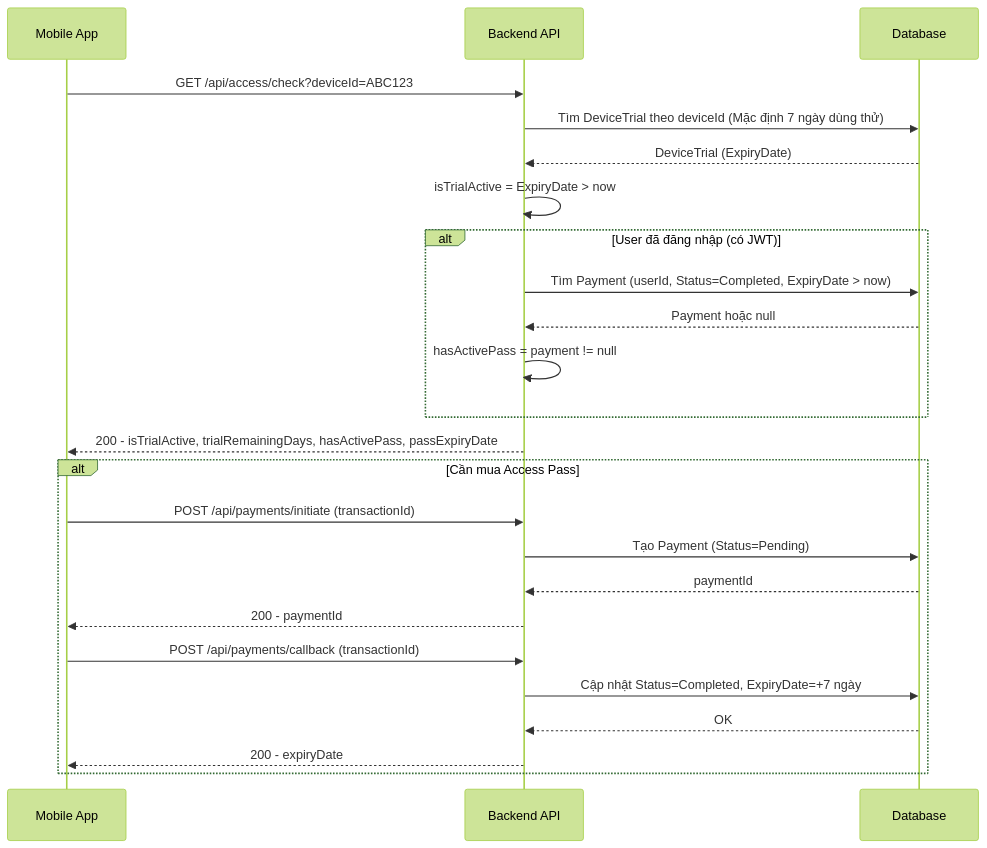
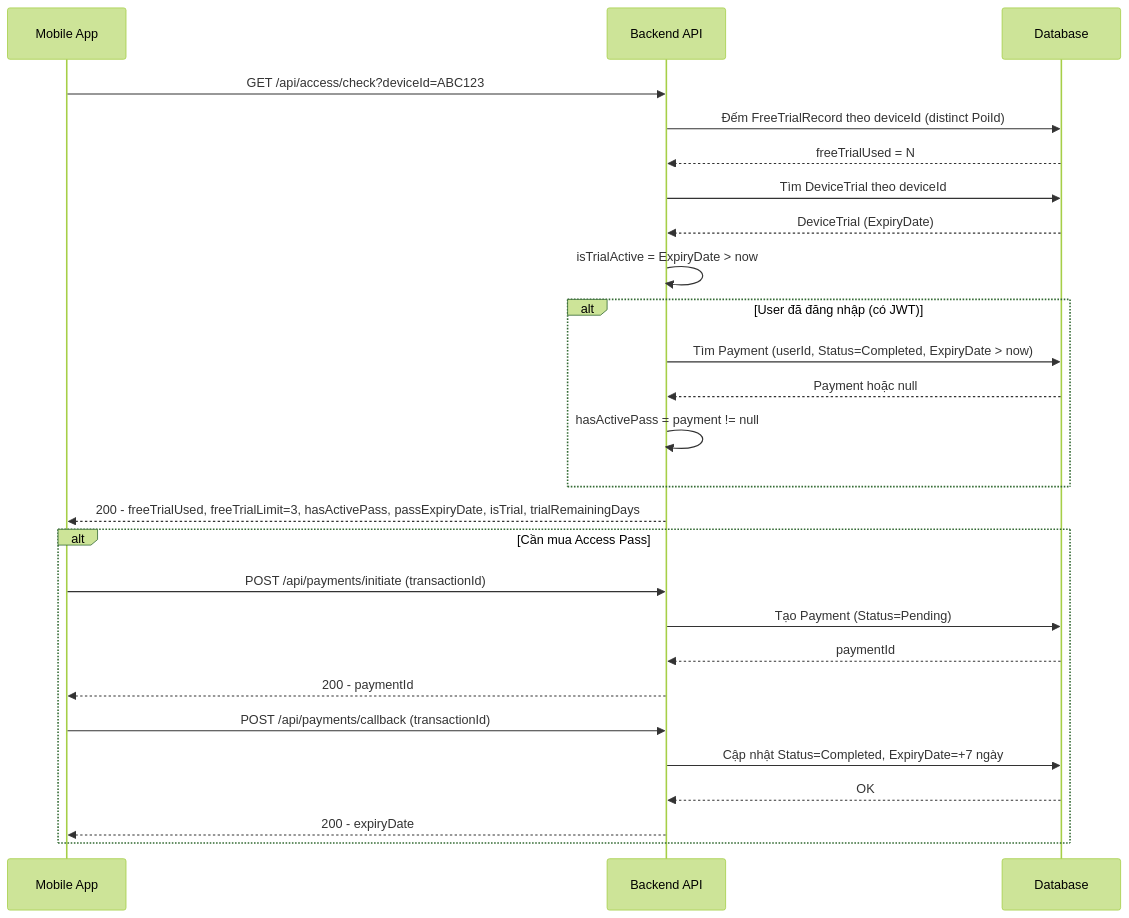
Before and after one commit to phamquyet47204/C-Sharp: the ninth of 16 diagrams in README.md, drawn with Mermaid (forest theme). The commit also changed other lines of this file and 27 other files, not shown here.

````diff
--- a/README.md
+++ b/README.md
@@ -627,31 +570,34 @@
 ```mermaid
 sequenceDiagram
   participant Mobile as Mobile App
   participant API as Backend API
   participant DB as Database
 
   Mobile->>API: GET /api/access/check?deviceId=ABC123
-  API->>DB: Tìm DeviceTrial theo deviceId (Mặc định 7 ngày dùng thử)
+  API->>DB: Đếm FreeTrialRecord theo deviceId (distinct PoiId)
+  DB-->>API: freeTrialUsed = N
+
+  API->>DB: Tìm DeviceTrial theo deviceId
   DB-->>API: DeviceTrial (ExpiryDate)
   API->>API: isTrialActive = ExpiryDate > now
 
   alt User đã đăng nhập (có JWT)
     API->>DB: Tìm Payment (userId, Status=Completed, ExpiryDate > now)
     DB-->>API: Payment hoặc null
     API->>API: hasActivePass = payment != null
   end
 
-  API-->>Mobile: 200 - isTrialActive, trialRemainingDays, hasActivePass, passExpiryDate
+  API-->>Mobile: 200 - freeTrialUsed, freeTrialLimit=3, hasActivePass, passExpiryDate, isTrial, trialRemainingDays
 
   alt Cần mua Access Pass
     Mobile->>API: POST /api/payments/initiate (transactionId)
     API->>DB: Tạo Payment (Status=Pending)
     DB-->>API: paymentId
     API-->>Mobile: 200 - paymentId
 
     Mobile->>API: POST /api/payments/callback (transactionId)
     API->>DB: Cập nhật Status=Completed, ExpiryDate=+7 ngày
     DB-->>API: OK
     API-->>Mobile: 200 - expiryDate
   end
 ```
````
